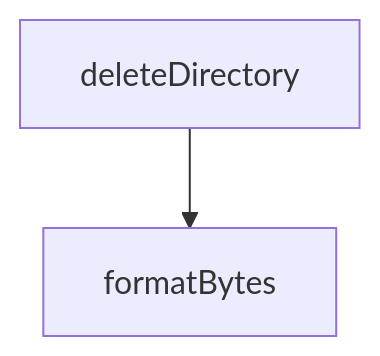
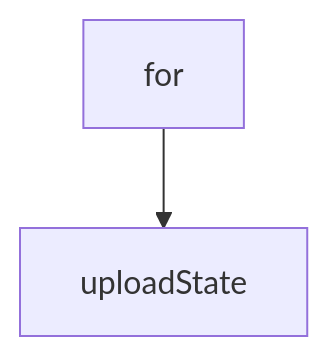
Before and after one commit to johnxie/awesome-code-docs: the diagram in tutorials/refly-tutorial/02-architecture-and-component-topology.md, drawn with Mermaid. The commit also changed other lines of this file and 1232 other files, not shown here.

````diff
--- a/tutorials/refly-tutorial/02-architecture-and-component-topology.md
+++ b/tutorials/refly-tutorial/02-architecture-and-component-topology.md
@@ -133,6 +125,6 @@
 ```mermaid
 flowchart TD
-    A[deleteDirectory]
-    B[formatBytes]
+    A[for]
+    B[uploadState]
     A --> B
 ```
````
